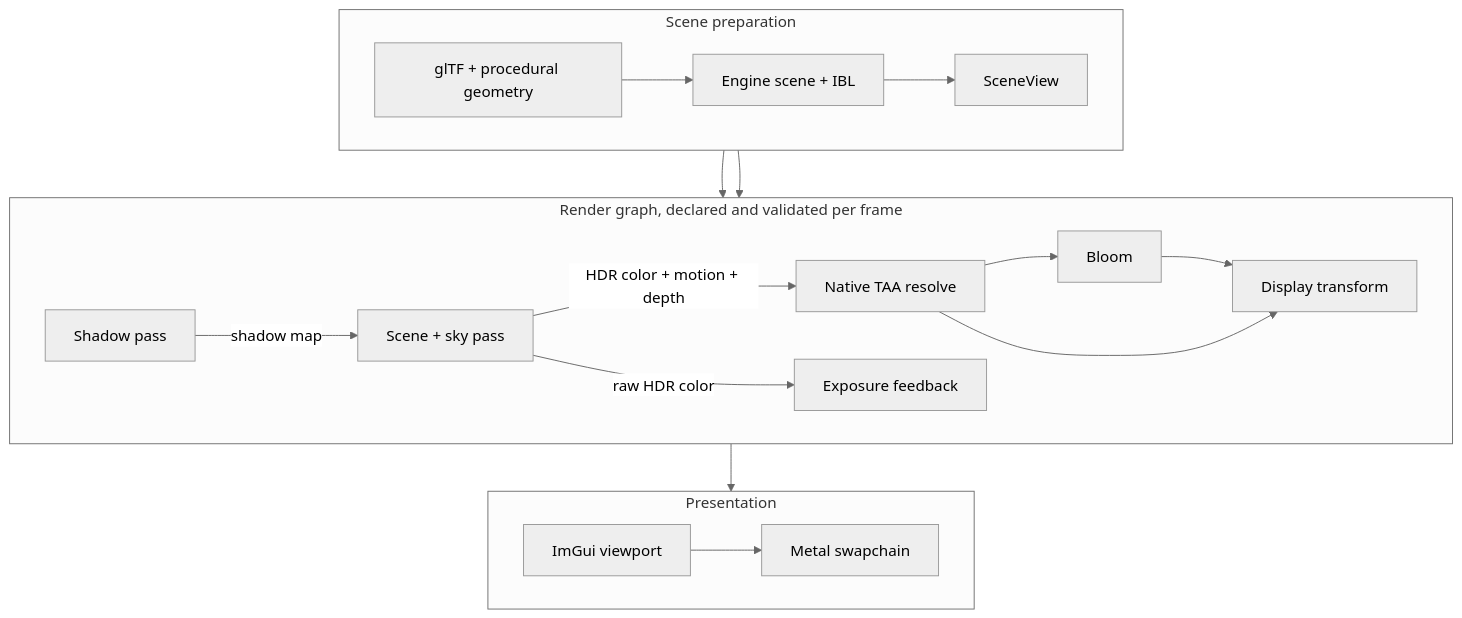
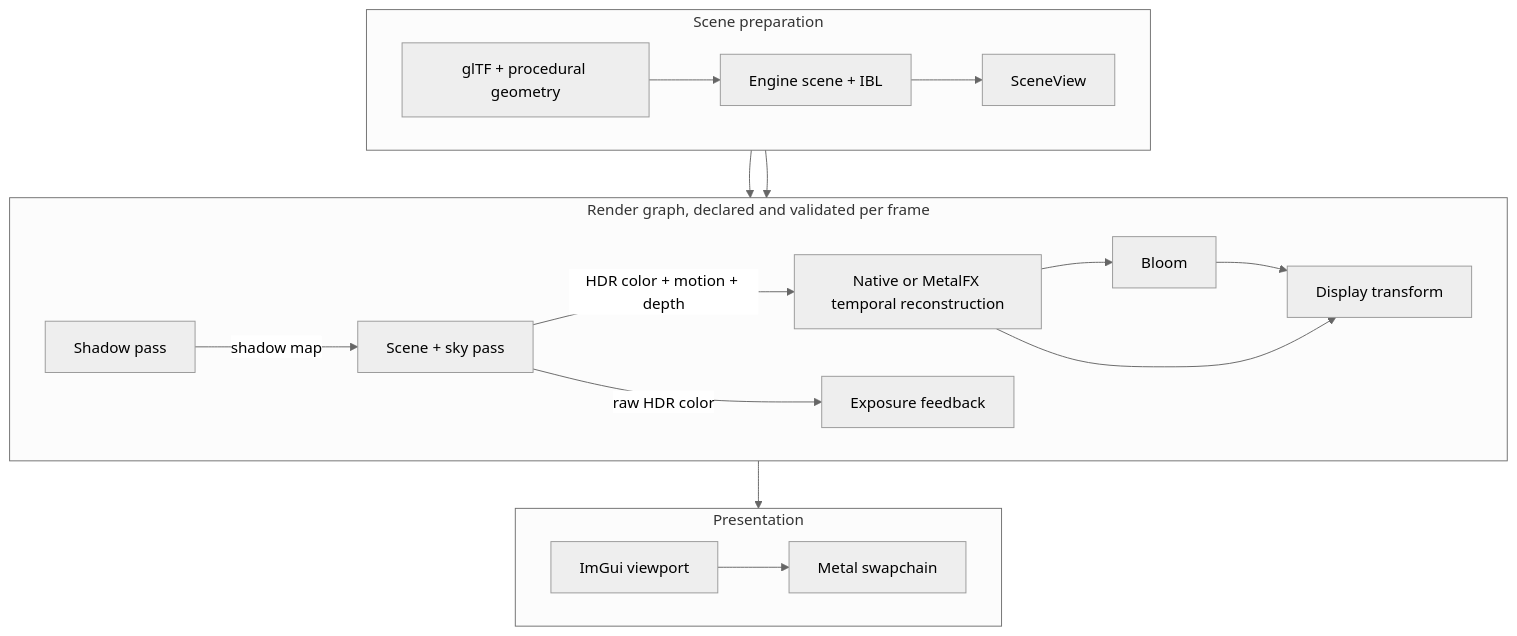
The first of 2 diagrams in README.md (AmanThuL/Luminex), drawn with Mermaid (neutral theme) before and after one commit. The commit also changed other lines of this file and 97 other files, not shown here.

First line of the commit message:
render: add the MetalFX temporal adapter (M6.4, #27)

````diff
--- a/README.md
+++ b/README.md
@@ -43,20 +44,20 @@
 ```mermaid
 flowchart TB
     subgraph Scene["Scene preparation"]
         direction LR
         Assets["glTF + procedural geometry"] --> Engine["Engine scene + IBL"] --> View["SceneView"]
     end
     subgraph Frame["Render graph, declared and validated per frame"]
         direction LR
-        Shadow["Shadow pass"] -->|shadow map| Scene2["Scene + sky pass"] -->|HDR color + motion + depth| Temporal["Native TAA resolve"] --> Bloom["Bloom"] --> Display["Display transform"]
+        Shadow["Shadow pass"] -->|shadow map| Scene2["Scene + sky pass"] -->|HDR color + motion + depth| Temporal["Native or MetalFX temporal reconstruction"] --> Bloom["Bloom"] --> Display["Display transform"]
         Scene2 -->|raw HDR color| Exposure["Exposure feedback"]
         Temporal --> Display
     end
     subgraph Presentation
         direction LR
         UI["ImGui viewport"] --> Present["Metal swapchain"]
     end
     View --> Shadow
     View --> Scene2
     Display --> UI
 ```
````
